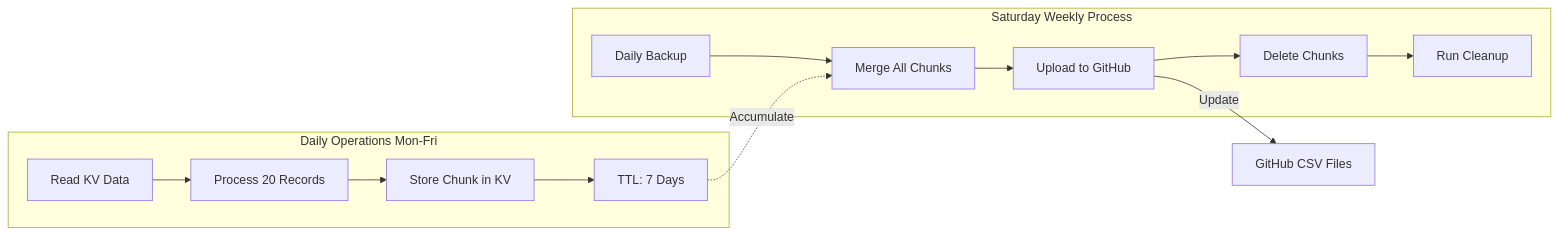
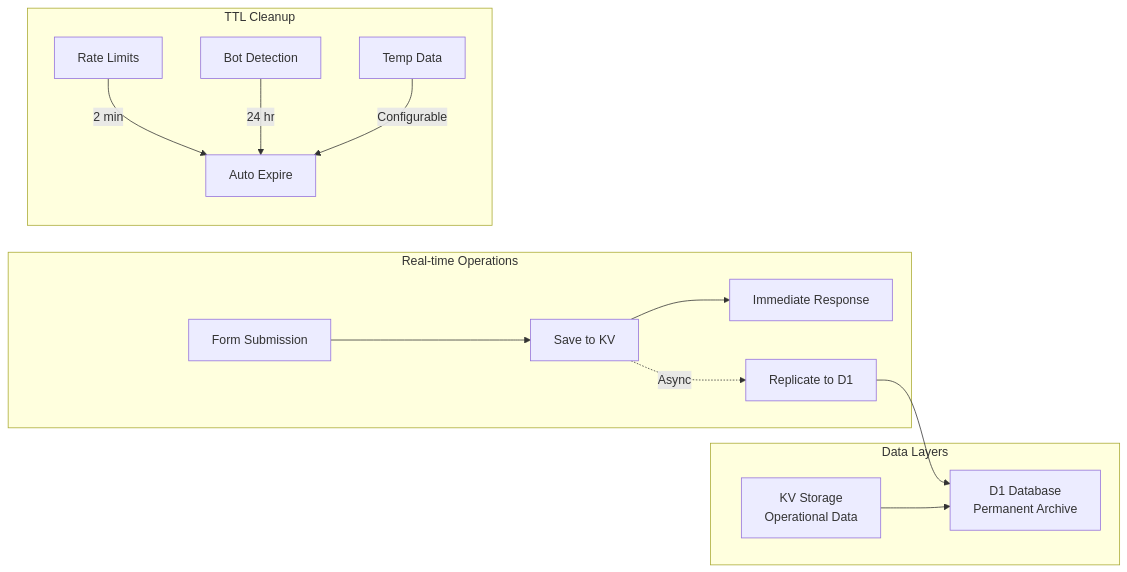
One commit to SamirPaulb/newsletter-and-contact-system changed the second of 3 diagrams in README.md. Above: the diagram before and after it, drawn with Mermaid. The commit also changed other lines of this file and 21 other files, not shown here.

````diff
--- a/README.md
+++ b/README.md
@@ -86,18 +82,22 @@
 ```mermaid
 graph LR
-    subgraph "Daily Operations Mon-Fri"
-        D1[Read KV Data] --> D2[Process 20 Records]
-        D2 --> D3[Store Chunk in KV]
-        D3 --> D4[TTL: 7 Days]
+    subgraph "Real-time Operations"
+        F1[Form Submission] --> F2[Save to KV]
+        F2 --> F3[Immediate Response]
+        F2 -.->|Async| F4[Replicate to D1]
     end
 
-    subgraph "Saturday Weekly Process"
-        S1[Daily Backup] --> S2[Merge All Chunks]
-        S2 --> S3[Upload to GitHub]
-        S3 --> S4[Delete Chunks]
-        S4 --> S5[Run Cleanup]
+    subgraph "Data Layers"
+        KV[KV Storage<br/>Operational Data]
+        D1[D1 Database<br/>Permanent Archive]
     end
 
-    D4 -.->|Accumulate| S2
-    S3 -->|Update| GH[GitHub CSV Files]
+    subgraph "TTL Cleanup"
+        T1[Rate Limits] -->|2 min| T2[Auto Expire]
+        T3[Bot Detection] -->|24 hr| T2
+        T4[Temp Data] -->|Configurable| T2
+    end
+
+    F4 --> D1
+    KV --> D1
 ```
````
